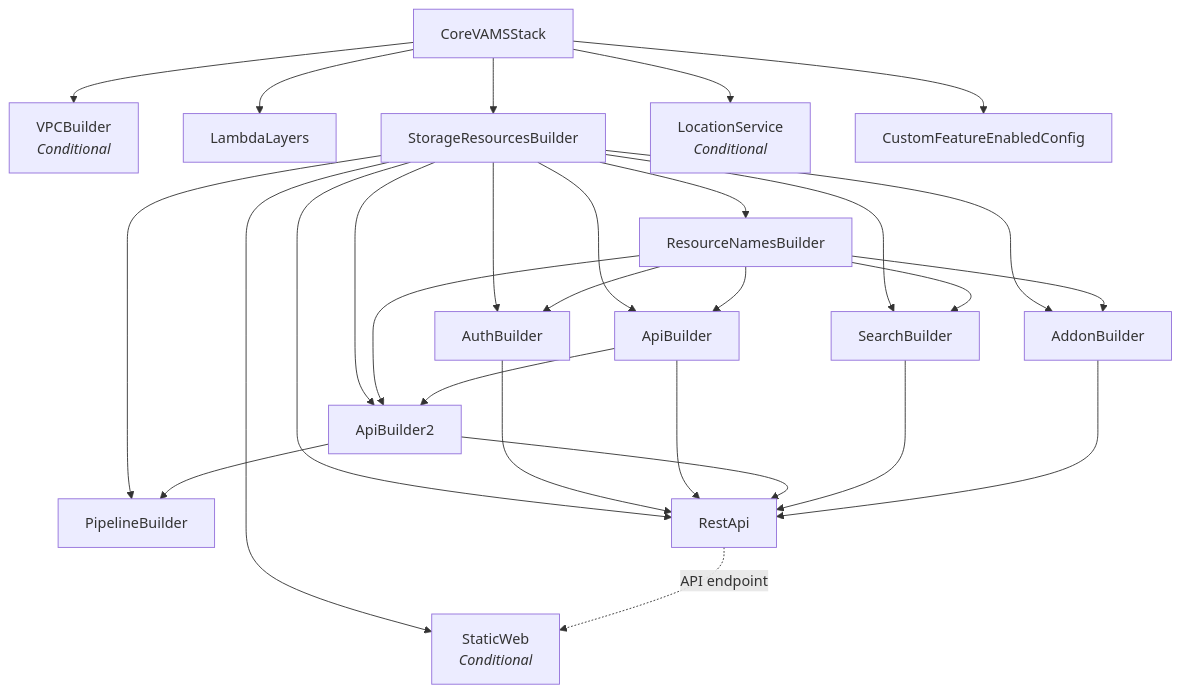
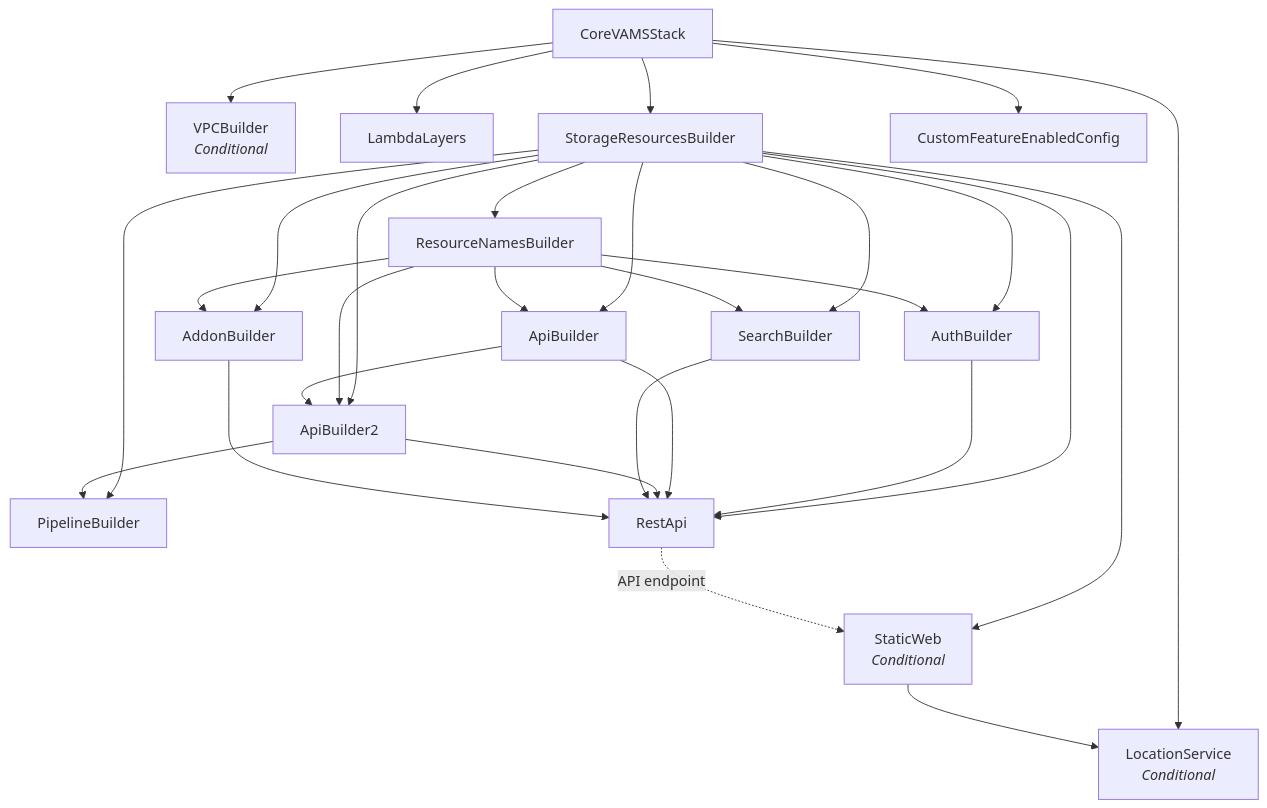
Before and after one commit to awslabs/visual-asset-management-system: the sixth of 6 diagrams in documentation/docusaurus-site/docs/architecture/details.md, drawn with Mermaid. The commit also changed other lines of this file and 11 other files, not shown here.

````diff
--- a/documentation/docusaurus-site/docs/architecture/details.md
+++ b/documentation/docusaurus-site/docs/architecture/details.md
@@ -297,41 +297,42 @@
 ```mermaid
 graph TD
     Core["CoreVAMSStack"]
 
     Core --> VPC["VPCBuilder<br/><i>Conditional</i>"]
     Core --> LL["LambdaLayers"]
     Core --> SRB["StorageResourcesBuilder"]
     Core --> LS["LocationService<br/><i>Conditional</i>"]
     Core --> FE["CustomFeatureEnabledConfig"]
 
     SRB --> RNB["ResourceNamesBuilder"]
 
     SRB --> AB["AuthBuilder"]
     RNB --> AB
 
     SRB --> APIBuild["ApiBuilder"]
     RNB --> APIBuild
 
     SRB --> APIBuild2["ApiBuilder2"]
     RNB --> APIBuild2
     APIBuild --> APIBuild2
 
     SRB --> SearchB["SearchBuilder"]
     RNB --> SearchB
 
     SRB --> PB["PipelineBuilder"]
     APIBuild2 --> PB
 
     SRB --> Addon["AddonBuilder"]
     RNB --> Addon
 
     SRB --> REST["RestApi"]
     AB --> REST
     APIBuild --> REST
     APIBuild2 --> REST
     SearchB --> REST
     Addon --> REST
 
     SRB --> SW["StaticWeb<br/><i>Conditional</i>"]
     REST -.->|API endpoint| SW
+    SW --> LS
 ```
````
